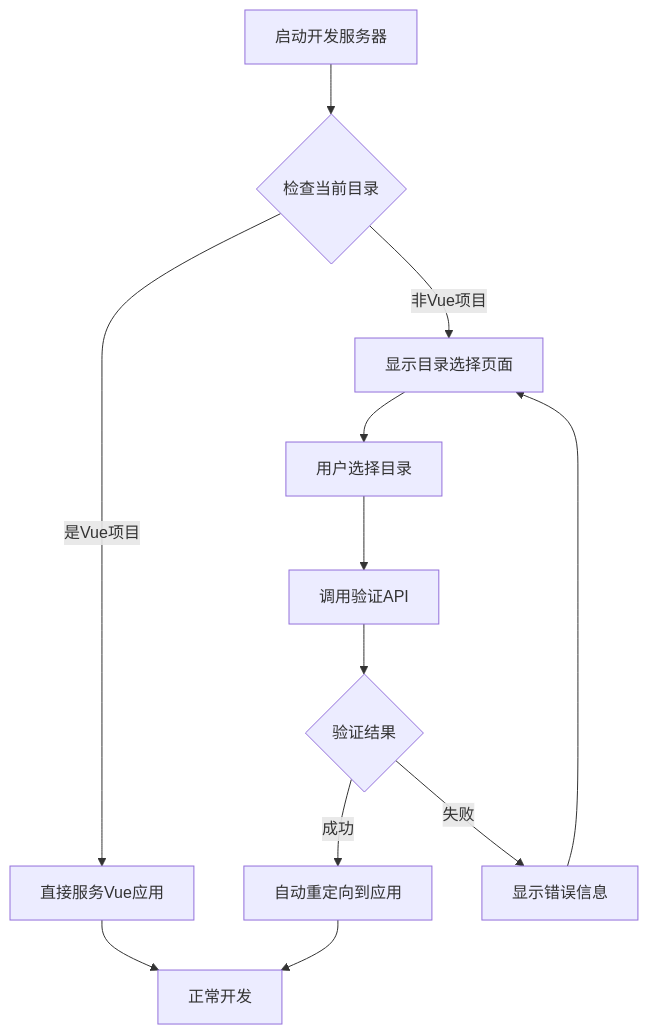
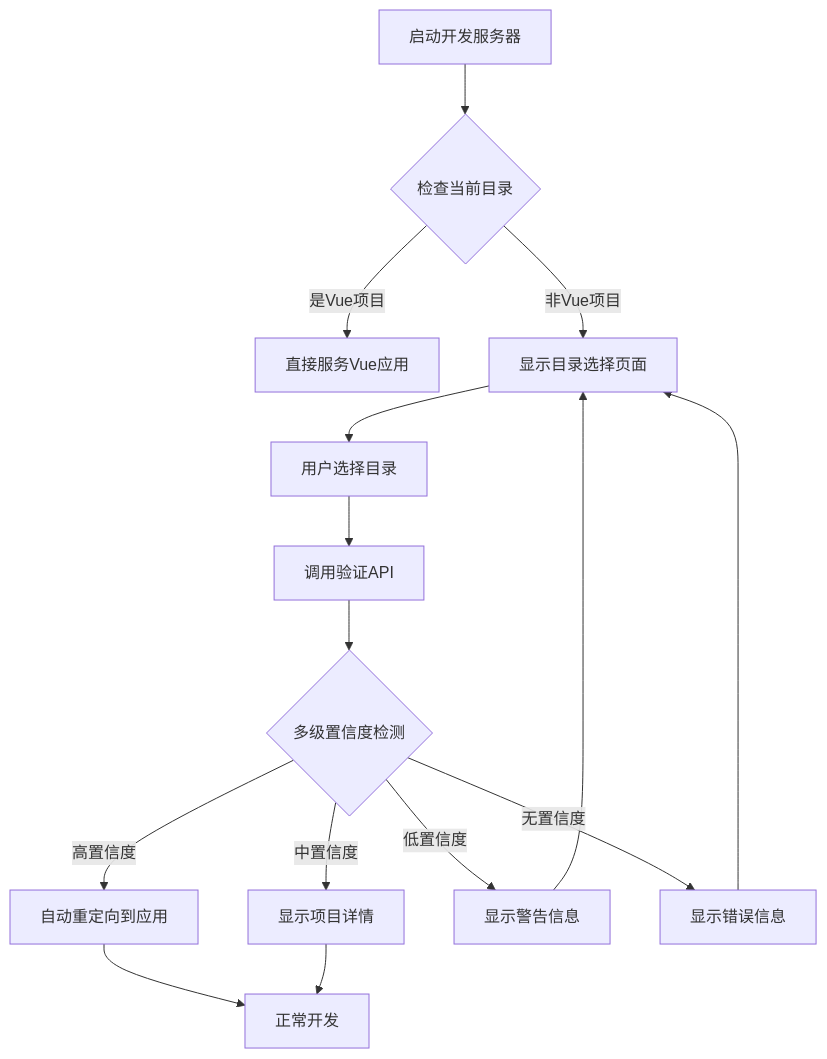
One commit to itszzl-sudo/iris changed the second of 12 diagrams in .qoder/repowiki/zh/content/核心功能特性/Vue项目检测功能指南.md. Above: the diagram before and after it, drawn with Mermaid. The commit also changed other lines of this file and 5 other files, not shown here.

````diff
--- a/.qoder/repowiki/zh/content/核心功能特性/Vue项目检测功能指南.md
+++ b/.qoder/repowiki/zh/content/核心功能特性/Vue项目检测功能指南.md
@@ -85,14 +104,17 @@
 ```mermaid
 flowchart TD
 A[启动开发服务器] --> B{检查当前目录}
 B --> |是Vue项目| C[直接服务Vue应用]
 B --> |非Vue项目| D[显示目录选择页面]
 D --> E[用户选择目录]
 E --> F[调用验证API]
-F --> G{验证结果}
-G --> |成功| H[自动重定向到应用]
-G --> |失败| I[显示错误信息]
-C --> J[正常开发]
-H --> J
-I --> D
+F --> G{多级置信度检测}
+G --> |高置信度| H[自动重定向到应用]
+G --> |中置信度| I[显示项目详情]
+G --> |低置信度| J[显示警告信息]
+G --> |无置信度| K[显示错误信息]
+H --> L[正常开发]
+I --> L
+J --> D
+K --> D
 ```
````
